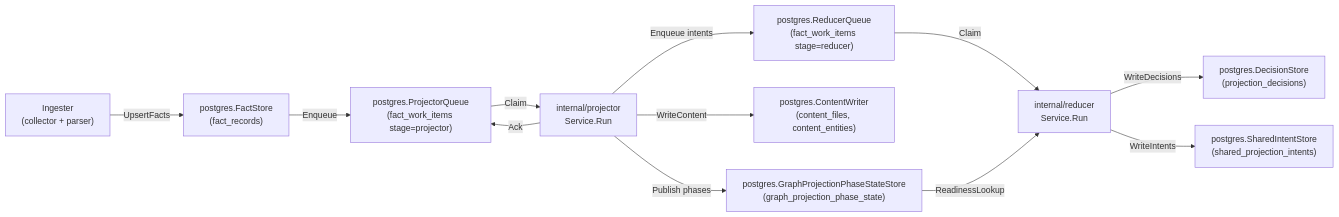
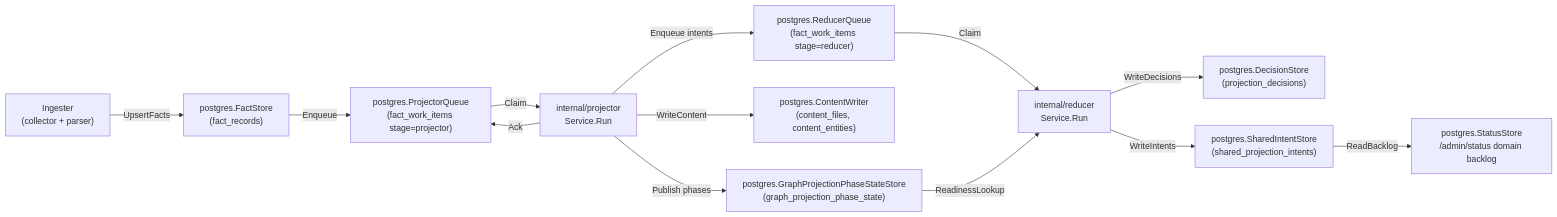
The first of 2 diagrams in go/internal/storage/postgres/README.md (eshu-hq/eshu), drawn with Mermaid before and after one commit. The commit also changed other lines of this file and 21 other files, not shown here.

````diff
--- a/go/internal/storage/postgres/README.md
+++ b/go/internal/storage/postgres/README.md
@@ -10,14 +10,15 @@
 ```mermaid
 flowchart LR
   A["Ingester\n(collector + parser)"] -->|UpsertFacts| B["postgres.FactStore\n(fact_records)"]
   B -->|Enqueue| C["postgres.ProjectorQueue\n(fact_work_items stage=projector)"]
   C -->|Claim| D["internal/projector\nService.Run"]
   D -->|Ack| C
   D -->|Enqueue intents| E["postgres.ReducerQueue\n(fact_work_items stage=reducer)"]
   E -->|Claim| F["internal/reducer\nService.Run"]
   D -->|WriteContent| G["postgres.ContentWriter\n(content_files, content_entities)"]
   D -->|Publish phases| H["postgres.GraphProjectionPhaseStateStore\n(graph_projection_phase_state)"]
   H -->|ReadinessLookup| F
   F -->|WriteDecisions| I["postgres.DecisionStore\n(projection_decisions)"]
   F -->|WriteIntents| J["postgres.SharedIntentStore\n(shared_projection_intents)"]
+  J -->|ReadBacklog| K["postgres.StatusStore\n/admin/status domain backlog"]
 ```
````
